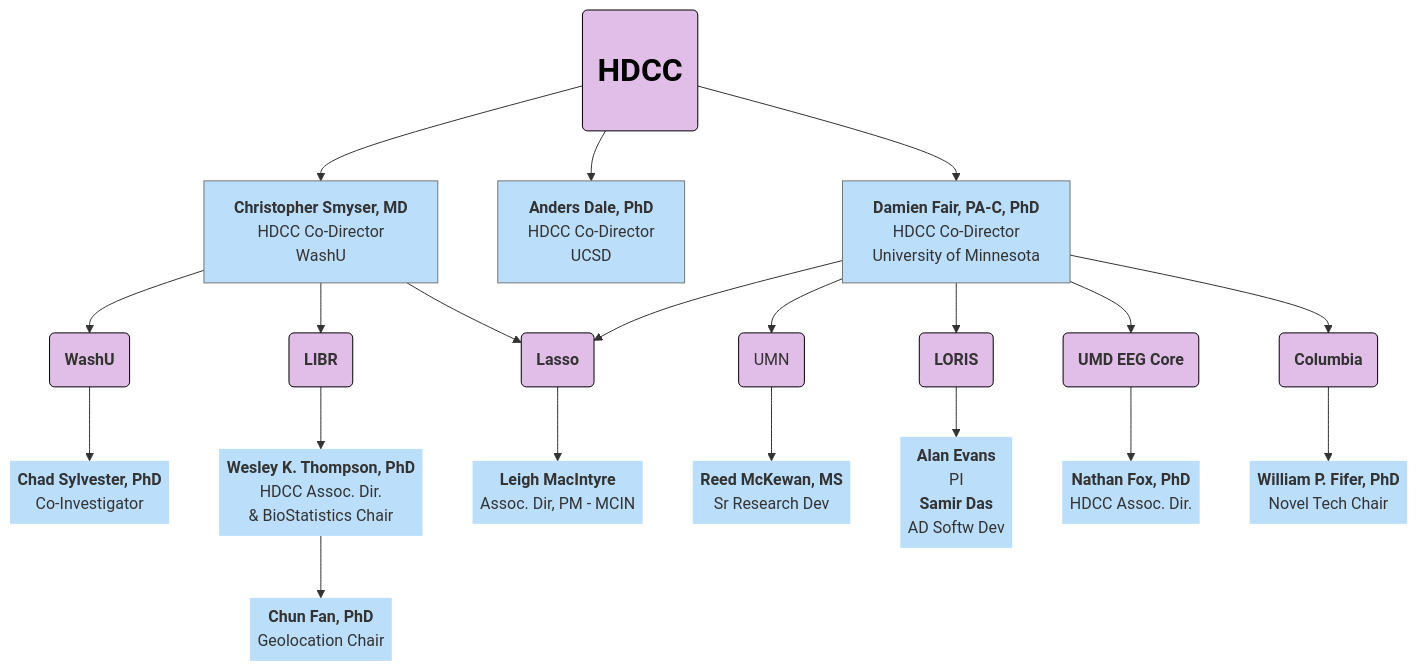
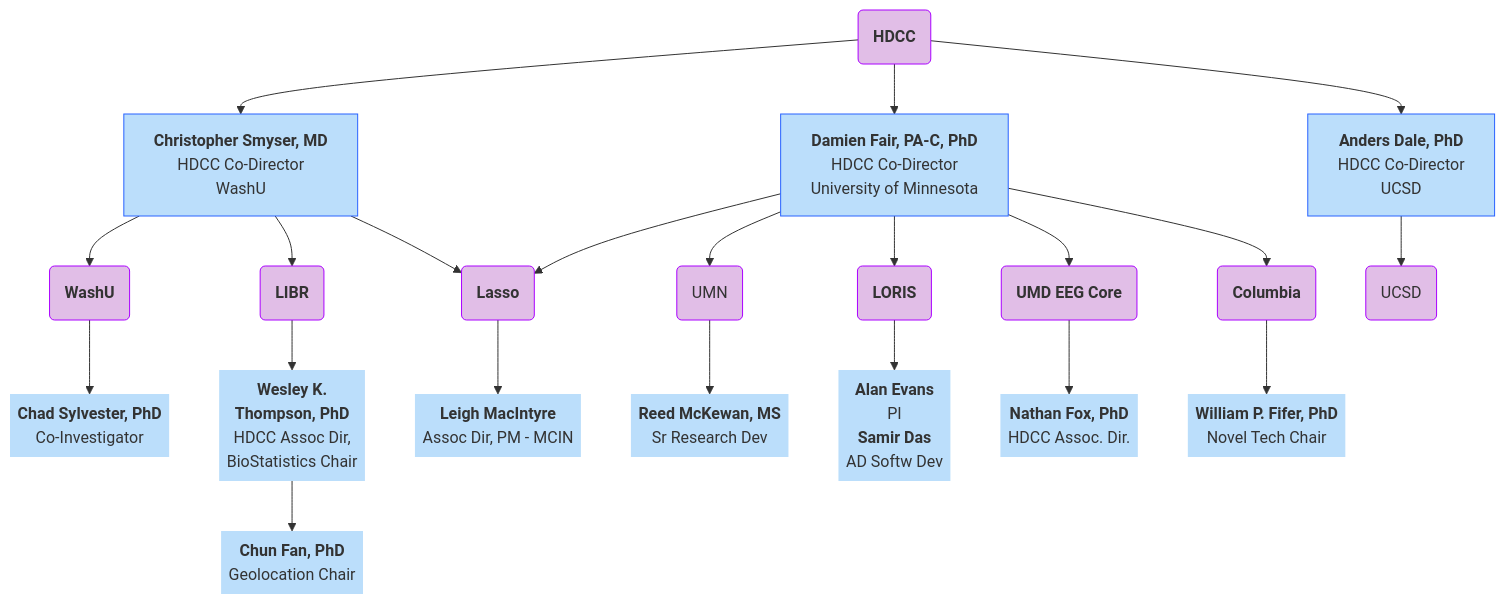
The second of 10 diagrams in docs/orgcharts.md (DCAN-Labs/hbcd-docs-internal), drawn with Mermaid before and after one commit.

Commit message:
separate out UCSD from overview

````diff
--- a/docs/orgcharts.md
+++ b/docs/orgcharts.md
@@ -54,60 +54,63 @@
 ```mermaid
 flowchart TB
-    E["<b>Damien Fair, PA-C, PhD</b><br>HDCC Co-Director<br>University of Minnesota"] --> lasso["<b>Lasso</b>"] & umn["UMN"] & n7["<b>LORIS</b>"] & n8["<b>UMD EEG Core</b>"] & n11["<b>Columbia</b>"]
-    lasso --> lasso1["<b>Leigh MacIntyre</b><br>Assoc. Dir, PM - MCIN"]
-    n1["<b>Christopher Smyser, MD<br></b>HDCC Co-Director<br>WashU"] --> n10["<b>WashU</b><br>"] & n12["<b>LIBR</b>"] & lasso
-    n16@{ label: "<span style=\"--tw-scale-x:\"><b>Wesley K. Thompson, PhD<br></b>HDCC Assoc. Dir.<br>&amp; BioStatistics Chair</span><br>" } --> n17@{ label: "<span style=\"color:\"><b>Chun Fan, PhD<br></b></span><span style=\"--tw-scale-x:\">Geolocation Chair</span><br style=\"--tw-scale-x:\">" }
+    hdcc["<strong>HDCC</strong>"] --> n1["<b>Christopher Smyser, MD<br></b>HDCC Co-Director<br>WashU"] & E["<b>Damien Fair, PA-C, PhD</b><br>HDCC Co-Director<br>University of Minnesota"] & n2["<b>Anders Dale, PhD<br></b>HDCC Co-Director<br>UCSD"]
+    n2 --> ucsd["UCSD"]
+    E --> lasso["<b>Lasso</b>"] & umn["UMN"] & n7["<b>LORIS</b>"] & n8["<b>UMD EEG Core</b>"] & n11["<b>Columbia</b>"]
+    lasso --> lasso1["<b>Leigh MacIntyre</b><br>Assoc Dir, PM - MCIN"]
+    n1 --> n10["<b>WashU</b><br>"] & n12["<b>LIBR</b>"] & lasso
+    n16@{ label: "<span style=\"--tw-scale-x:\"><b>Wesley K.<br>Thompson, PhD<br></b>HDCC Assoc Dir,<br>BioStatistics Chair</span><br>" } --> n17@{ label: "<span style=\"color:\"><b>Chun Fan, PhD<br></b></span><span style=\"--tw-scale-x:\">Geolocation Chair</span><br style=\"--tw-scale-x:\">" }
     n12 --> n16
     n11 --> n18@{ label: "<b>William P. Fifer, PhD<br></b><span style=\"--tw-scale-x:\">Novel Tech Chair</span>" }
     n8 --> n19["<b>Nathan Fox, PhD<br></b>HDCC Assoc. Dir."]
     n7 --> n20@{ label: "<b><span style=\"color:\">Alan Evans</span><br style=\"--tw-scale-x:\"></b><span style=\"--tw-scale-x:\">PI</span><br style=\"--tw-scale-x:\"><b><span style=\"color:\">Samir Das</span><br style=\"--tw-scale-x:\"></b><span style=\"--tw-scale-x:\">AD Softw Dev</span>" }
     umn --> reed["<b>Reed McKewan, MS</b><br>Sr Research Dev"]
     n10 --> n22@{ label: "<b><span style=\"color:\">Chad Sylvester, PhD</span><br style=\"--tw-scale-x:\"></b><span style=\"--tw-scale-x:\">Co-Investigator</span>" }
-    n23["<h1>HDCC</h1>"] --> n1 & n2["<b>Anders Dale, PhD<br></b>HDCC Co-Director<br>UCSD"] & E
 
+    hdcc@{ shape: rounded}
+    n1@{ shape: rect}
     E@{ shape: rect}
+    n2@{ shape: rect}
+    ucsd@{ shape: rounded}
     lasso@{ shape: rounded}
     umn@{ shape: rounded}
     n7@{ shape: rounded}
     n8@{ shape: rounded}
     n11@{ shape: rounded}
     lasso1@{ shape: text}
-    n1@{ shape: rect}
     n10@{ shape: rounded}
     n12@{ shape: rounded}
     n16@{ shape: text}
     n17@{ shape: text}
     n18@{ shape: text}
     n19@{ shape: text}
     n20@{ shape: text}
     reed@{ shape: text}
     n22@{ shape: text}
-    n23@{ shape: rounded}
-    n2@{ shape: rect}
-    style E fill:#BBDEFB,stroke:#757575
-    style lasso fill:#E1BEE7,stroke:#000000
-    style umn fill:#E1BEE7,stroke:#000000
-    style n7 fill:#E1BEE7,stroke:#000000
-    style n8 fill:#E1BEE7,stroke:#000000
-    style n11 fill:#E1BEE7,stroke:#000000
+    style hdcc fill:#E1BEE7,stroke:#AA00FF
+    style n1 fill:#BBDEFB,stroke:#2962FF
+    style E fill:#BBDEFB,stroke:#2962FF
+    style n2 fill:#BBDEFB,stroke:#2962FF
+    style ucsd fill:#E1BEE7,stroke:#AA00FF
+    style lasso fill:#E1BEE7,stroke:#AA00FF
+    style umn fill:#E1BEE7,stroke:#AA00FF
+    style n7 fill:#E1BEE7,stroke:#AA00FF
+    style n8 fill:#E1BEE7,stroke:#AA00FF
+    style n11 fill:#E1BEE7,stroke:#AA00FF
     style lasso1 fill:#BBDEFB
-    style n1 fill:#BBDEFB,stroke:#757575
-    style n10 fill:#E1BEE7,stroke:#000000
-    style n12 fill:#E1BEE7,stroke:#000000
+    style n10 fill:#E1BEE7,stroke:#AA00FF
+    style n12 fill:#E1BEE7,stroke:#AA00FF
     style n16 fill:#BBDEFB
     style n17 fill:#BBDEFB
     style n18 fill:#BBDEFB
     style n19 fill:#BBDEFB
     style n20 fill:#BBDEFB
     style reed fill:#BBDEFB
     style n22 fill:#BBDEFB
-    style n23 stroke:#000000,fill:#E1BEE7,color:#000000
-    style n2 fill:#BBDEFB,stroke:#757575
+    click ucsd "#ucsd"
     click lasso "#lasso"
     click umn "#university-of-minnesota"
     click n7 "#loris"
     click n8 "#umd-eeg-core"
     click n11 "#columbia"
     click n10 "#washu"
-    click n2 "#ucsd"
 ```
````
